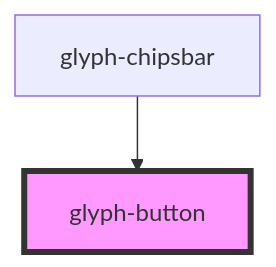
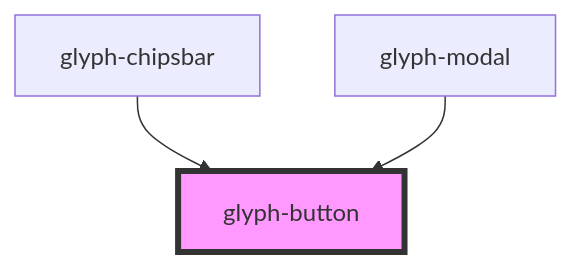
Before and after one commit to adrianiy/synth-ui: the diagram in packages/glyph-components/src/components/button/readme.md, drawn with Mermaid. The commit also changed other lines of this file and 16 other files, not shown here.

````diff
--- a/packages/glyph-components/src/components/button/readme.md
+++ b/packages/glyph-components/src/components/button/readme.md
@@ -24,5 +27,6 @@
 ```mermaid
 graph TD;
   glyph-chipsbar --> glyph-button
+  glyph-modal --> glyph-button
   style glyph-button fill:#f9f,stroke:#333,stroke-width:4px
 ```
````
